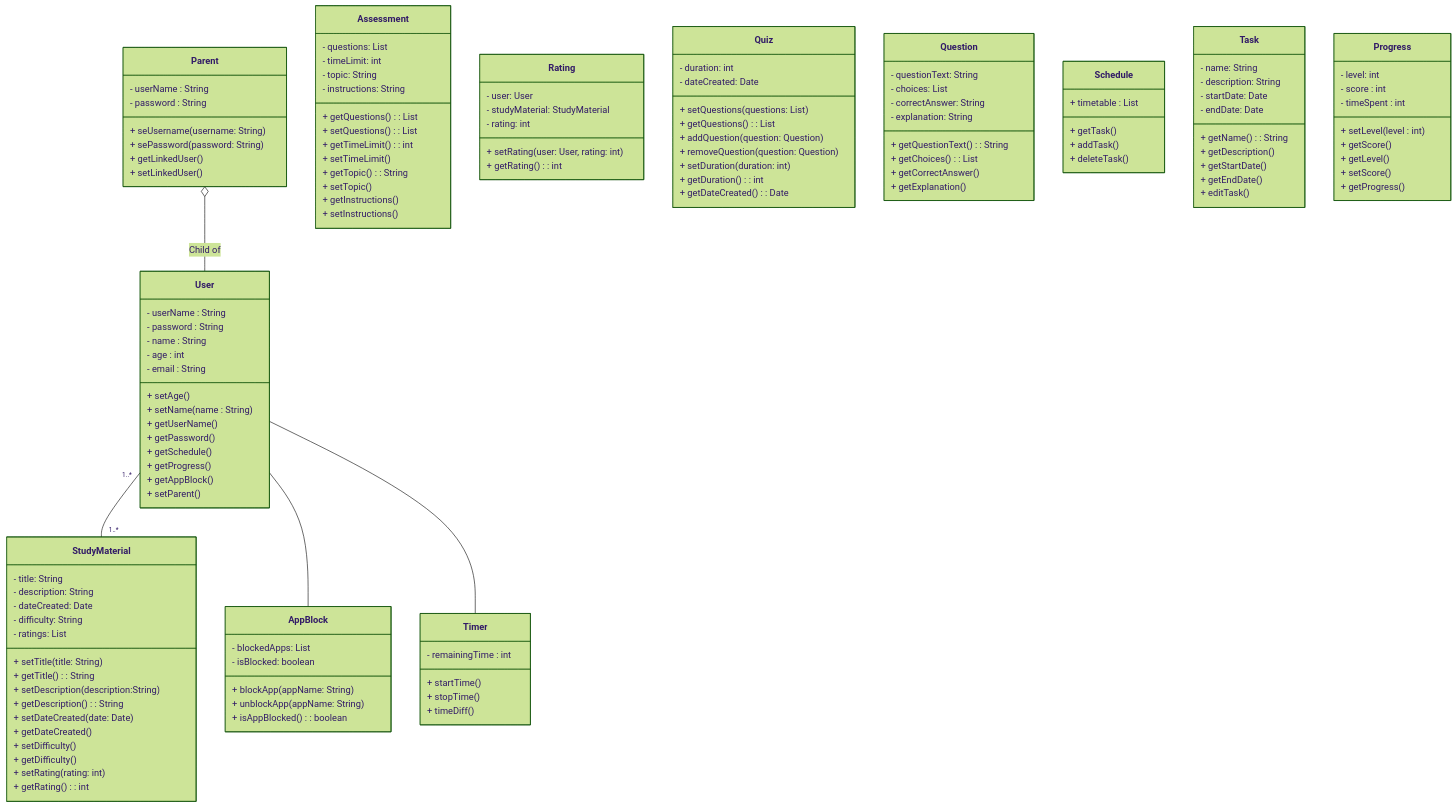
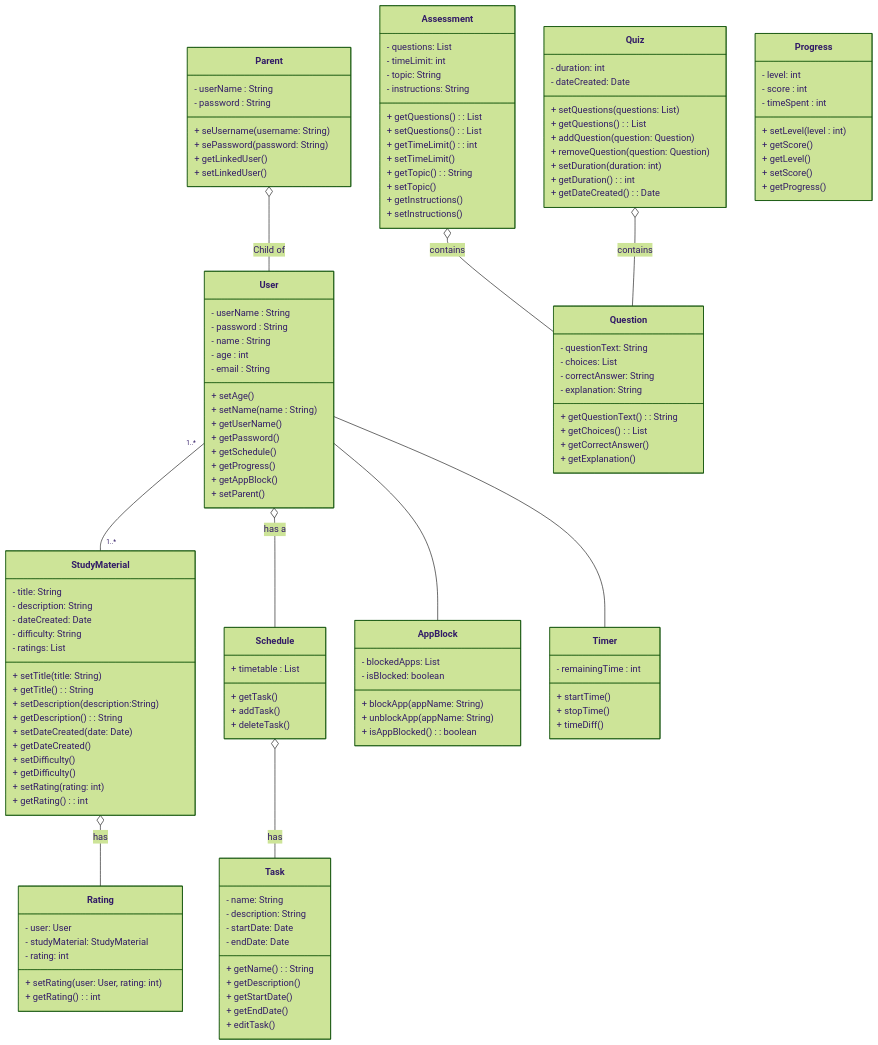
Before and after one commit to anony-hunter/test: the diagram in UML.md, drawn with Mermaid (forest theme).

````diff
--- a/UML.md
+++ b/UML.md
@@ -161,4 +161,9 @@
 User "1..*"--"1..*" StudyMaterial 
 User -- AppBlock
 User -- Timer
+User o-- Schedule : has a 
+Schedule o-- Task: has
+StudyMaterial o-- Rating : has
+Assessment o-- Question: contains
+Quiz o-- Question: contains
 ```
````
